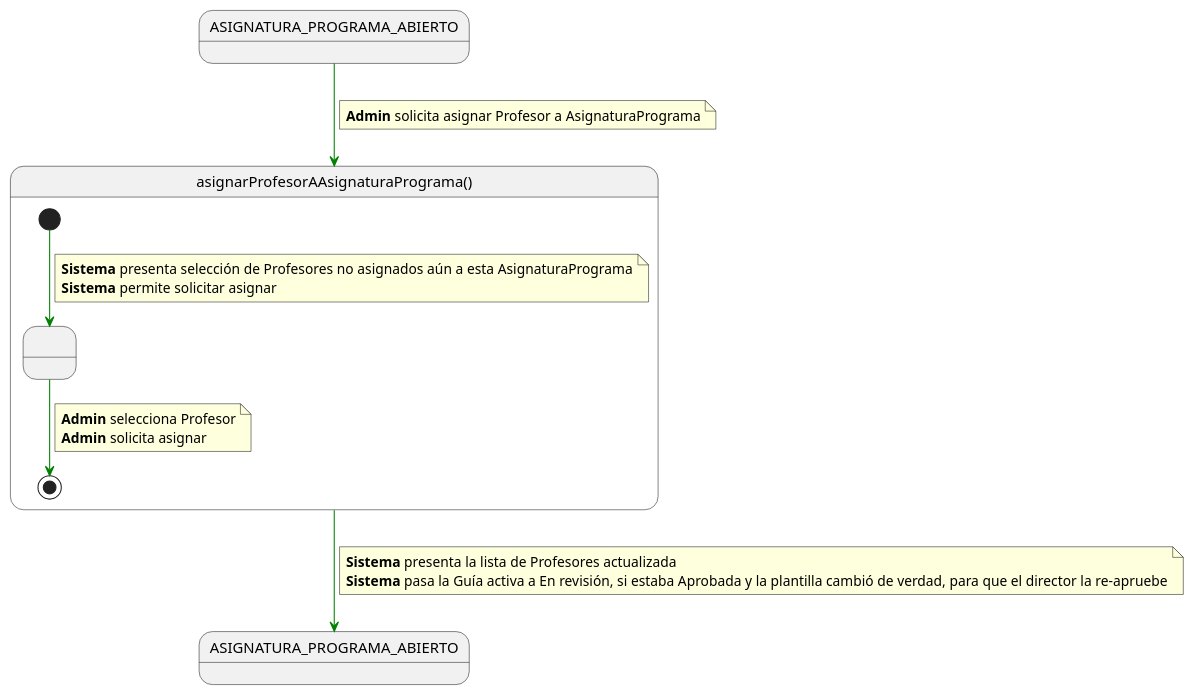
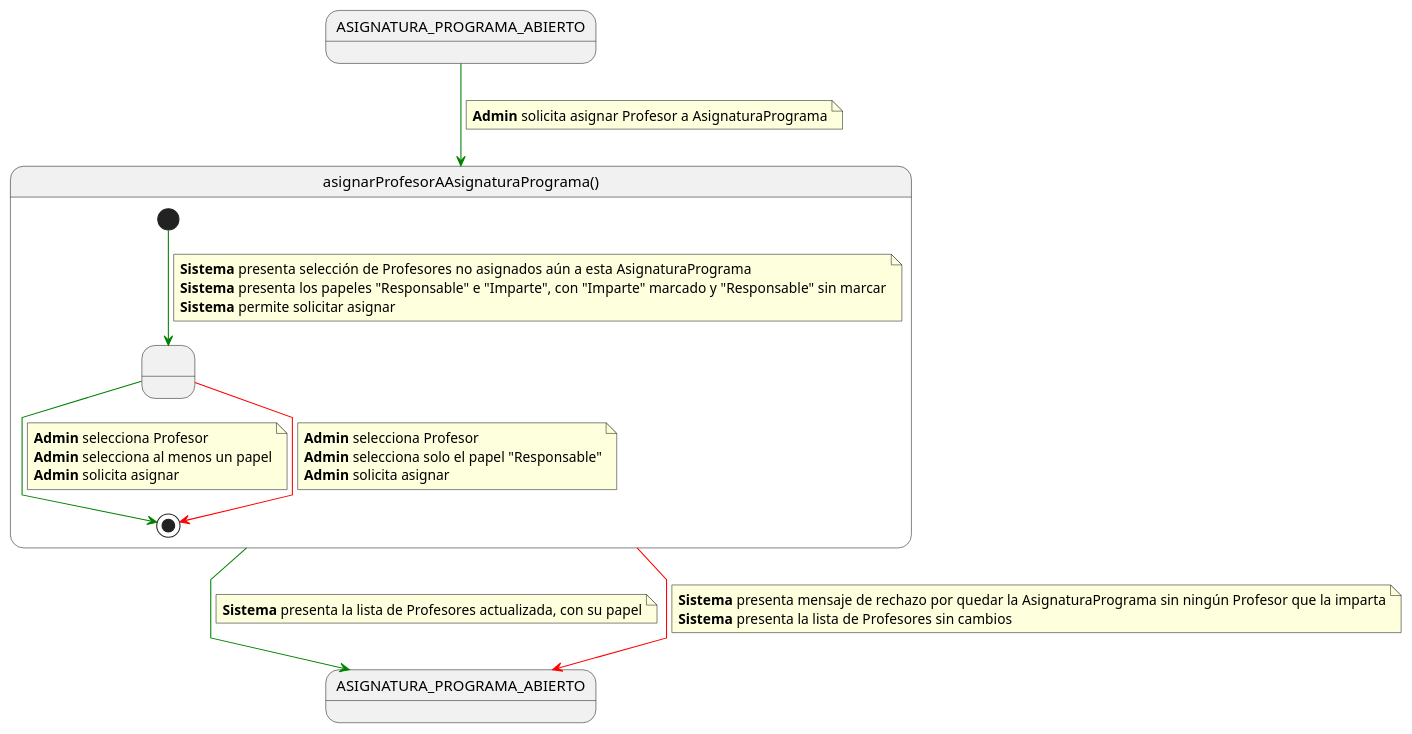
One commit to mmasias/pyCeldaPublico changed the diagram in RUP/01-requisitos/03-detalle-casos-uso/asignarProfesorAAsignaturaPrograma/especificacion.puml. Above: the diagram before and after it, drawn with PlantUML. The commit also changed 125 other files, not shown here.

Commit message:
docs: sincroniza el subconjunto público con pyCelda 0c13ad70 (roles del profesorado imparte/responsable, registro de accesos, v0.11.53)

```diff
--- a/RUP/01-requisitos/03-detalle-casos-uso/asignarProfesorAAsignaturaPrograma/especificacion.puml
+++ b/RUP/01-requisitos/03-detalle-casos-uso/asignarProfesorAAsignaturaPrograma/especificacion.puml
@@ -1,36 +1,50 @@
 @startuml asignarProfesorAAsignaturaPrograma
 
 skinparam linetype polyline
 
 state ASIGNATURA_PROGRAMA_ABIERTO
 state ASIGNATURA_PROGRAMA_ABIERTO_SALIDA as "ASIGNATURA_PROGRAMA_ABIERTO"
 
 ASIGNATURA_PROGRAMA_ABIERTO -[#green]-> asignarProfesorAAsignaturaPrograma
 note on link
 <b>Admin</b> solicita asignar Profesor a AsignaturaPrograma
 end note
 
 state asignarProfesorAAsignaturaPrograma as "asignarProfesorAAsignaturaPrograma()" {
 
     state " " as SolicitandoDatos
 
     [*] -[#green]-> SolicitandoDatos
     note on link
     <b>Sistema</b> presenta selección de Profesores no asignados aún a esta AsignaturaPrograma
+    <b>Sistema</b> presenta los papeles "Responsable" e "Imparte", con "Imparte" marcado y "Responsable" sin marcar
     <b>Sistema</b> permite solicitar asignar
     end note
 
     SolicitandoDatos -[#green]-> [*]
     note on link
     <b>Admin</b> selecciona Profesor
+    <b>Admin</b> selecciona al menos un papel
+    <b>Admin</b> solicita asignar
+    end note
+
+    SolicitandoDatos -[#red]-> [*]
+    note on link
+    <b>Admin</b> selecciona Profesor
+    <b>Admin</b> selecciona solo el papel "Responsable"
     <b>Admin</b> solicita asignar
     end note
 }
 
 asignarProfesorAAsignaturaPrograma -[#green]-> ASIGNATURA_PROGRAMA_ABIERTO_SALIDA
 note on link
-<b>Sistema</b> presenta la lista de Profesores actualizada
-<b>Sistema</b> pasa la Guía activa a En revisión, si estaba Aprobada y la plantilla cambió de verdad, para que el director la re-apruebe
+<b>Sistema</b> presenta la lista de Profesores actualizada, con su papel
+end note
+
+asignarProfesorAAsignaturaPrograma -[#red]-> ASIGNATURA_PROGRAMA_ABIERTO_SALIDA
+note on link
+<b>Sistema</b> presenta mensaje de rechazo por quedar la AsignaturaPrograma sin ningún Profesor que la imparta
+<b>Sistema</b> presenta la lista de Profesores sin cambios
 end note
 
 @enduml
```
